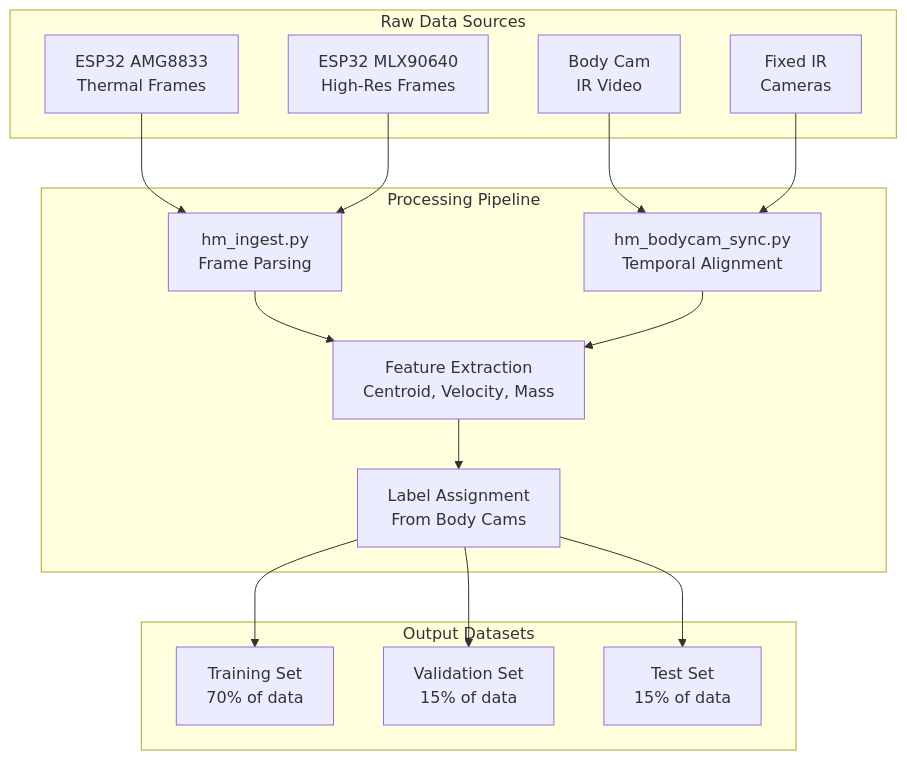
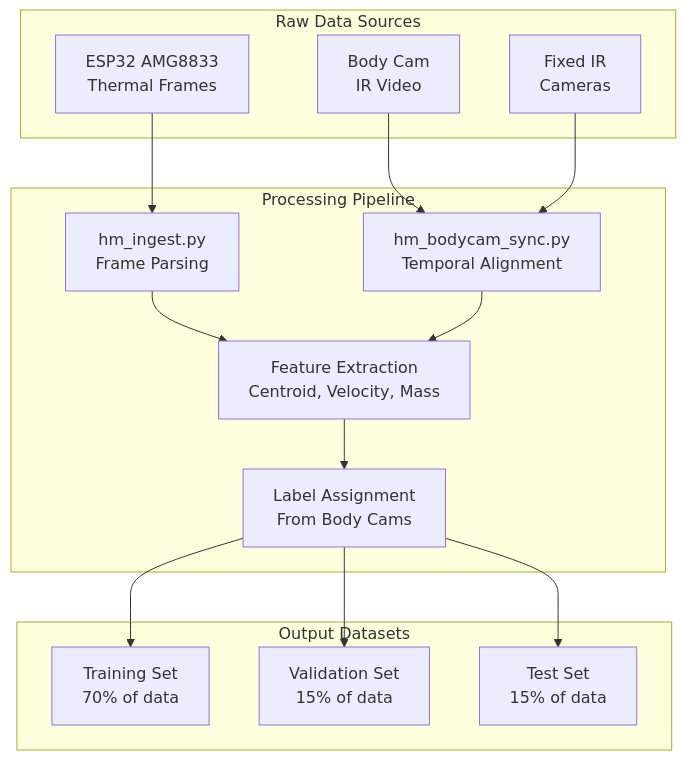
The seventh of 7 diagrams in docs/DEPLOYMENT_ARCHITECTURE.md (trademomentum-llc/heuristicmesh), drawn with Mermaid before and after one commit. The commit also changed other lines of this file and 21 other files, not shown here.

````diff
--- a/docs/DEPLOYMENT_ARCHITECTURE.md
+++ b/docs/DEPLOYMENT_ARCHITECTURE.md
@@ -425,33 +416,31 @@
 ```mermaid
 flowchart TD
     subgraph RawData["Raw Data Sources"]
         A1[ESP32 AMG8833\nThermal Frames]
-        A2[ESP32 MLX90640\nHigh-Res Frames]
         A3[Body Cam\nIR Video]
         A4[Fixed IR\nCameras]
     end
     
     subgraph Processing["Processing Pipeline"]
         B1[hm_ingest.py\nFrame Parsing]
         B2[hm_bodycam_sync.py\nTemporal Alignment]
         B3[Feature Extraction\nCentroid, Velocity, Mass]
         B4[Label Assignment\nFrom Body Cams]
     end
     
     subgraph Output["Output Datasets"]
         C1[Training Set\n70% of data]
         C2[Validation Set\n15% of data]
         C3[Test Set\n15% of data]
     end
     
     A1 --> B1
-    A2 --> B1
     A3 --> B2
     A4 --> B2
     B1 --> B3
     B2 --> B3
     B3 --> B4
     B4 --> C1
     B4 --> C2
     B4 --> C3
 ```
````
